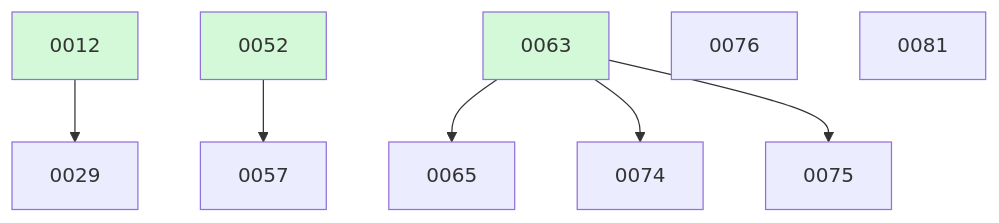
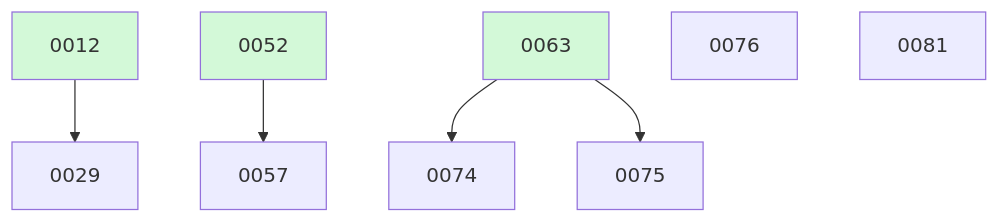
The diagram in docs/changes/BOARD.md (ethanhinson/fuse), drawn with Mermaid before and after one commit. The commit also changed other lines of this file, not shown here.

````diff
--- a/docs/changes/BOARD.md
+++ b/docs/changes/BOARD.md
@@ -32,14 +26,13 @@
 ```mermaid
 graph TD
   0012 --> 0029
   0052 --> 0057
-  0063 --> 0065
   0063 --> 0074
   0063 --> 0075
   0076
   0081
   0012:::done
   0052:::done
   0063:::done
   classDef done fill:#d3f9d8;
 ```
````
